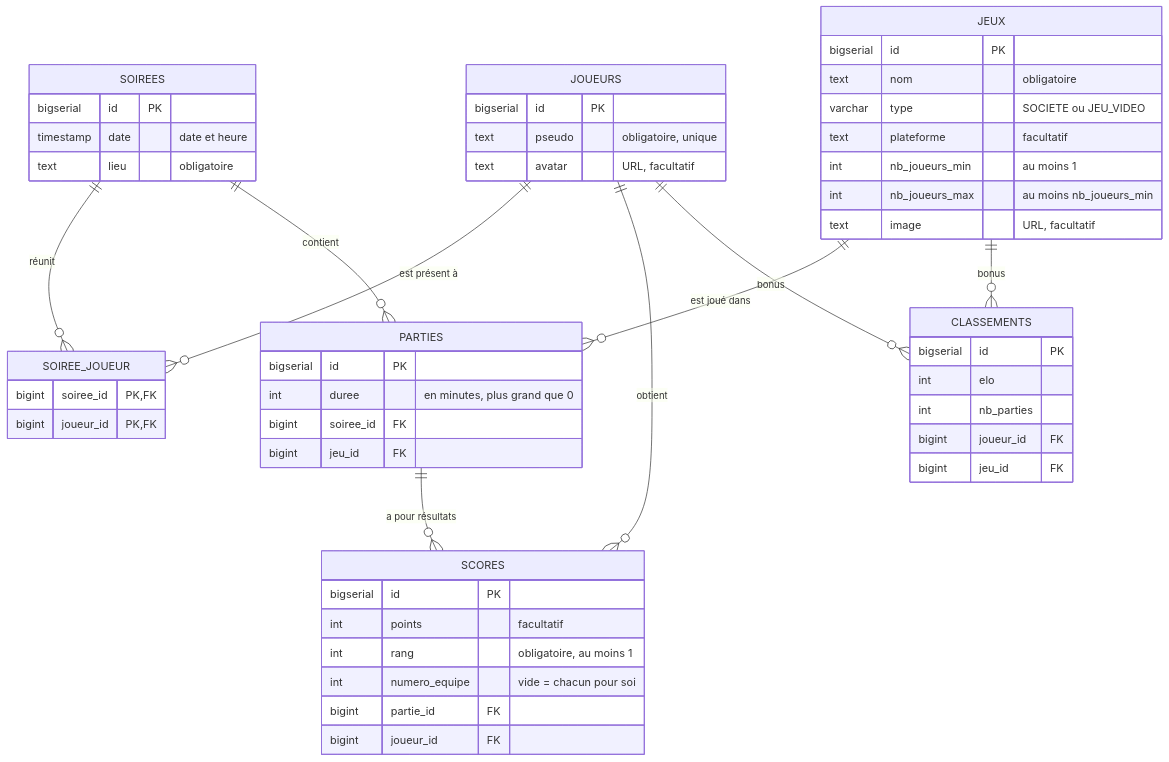
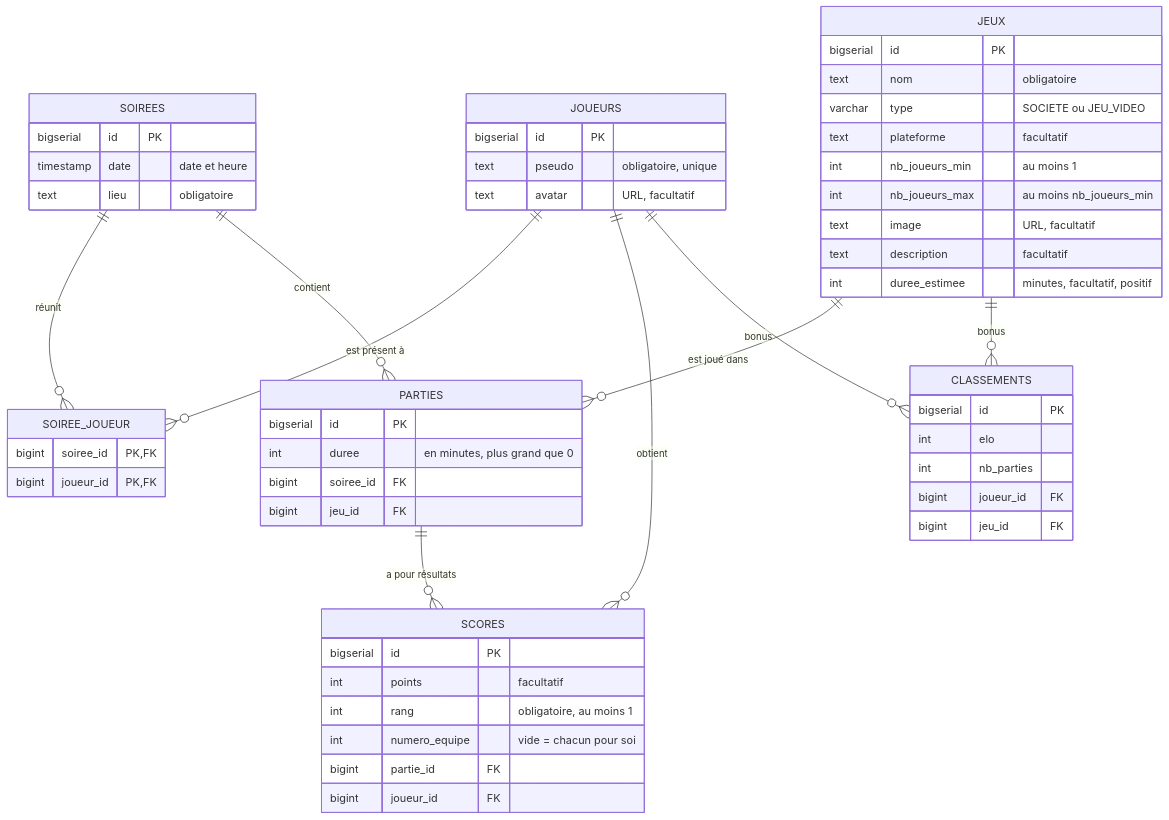
Before and after one commit to Will-emma/playnight: the diagram in docs/modele-donnees.md, drawn with Mermaid. The commit also changed other lines of this file and 26 other files, not shown here.

````diff
--- a/docs/modele-donnees.md
+++ b/docs/modele-donnees.md
@@ -8,56 +8,58 @@
 ```mermaid
 erDiagram
     JOUEURS ||--o{ SOIREE_JOUEUR : "est présent à"
     SOIREES ||--o{ SOIREE_JOUEUR : "réunit"
     SOIREES ||--o{ PARTIES : "contient"
     JEUX ||--o{ PARTIES : "est joué dans"
     PARTIES ||--o{ SCORES : "a pour résultats"
     JOUEURS ||--o{ SCORES : "obtient"
     JOUEURS ||--o{ CLASSEMENTS : "bonus"
     JEUX ||--o{ CLASSEMENTS : "bonus"
 
     JOUEURS {
         bigserial id PK
         text pseudo "obligatoire, unique"
         text avatar "URL, facultatif"
     }
     JEUX {
         bigserial id PK
         text nom "obligatoire"
         varchar type "SOCIETE ou JEU_VIDEO"
         text plateforme "facultatif"
         int nb_joueurs_min "au moins 1"
         int nb_joueurs_max "au moins nb_joueurs_min"
         text image "URL, facultatif"
+        text description "facultatif"
+        int duree_estimee "minutes, facultatif, positif"
     }
     SOIREES {
         bigserial id PK
         timestamp date "date et heure"
         text lieu "obligatoire"
     }
     SOIREE_JOUEUR {
         bigint soiree_id PK, FK
         bigint joueur_id PK, FK
     }
     PARTIES {
         bigserial id PK
         int duree "en minutes, plus grand que 0"
         bigint soiree_id FK
         bigint jeu_id FK
     }
     SCORES {
         bigserial id PK
         int points "facultatif"
         int rang "obligatoire, au moins 1"
         int numero_equipe "vide = chacun pour soi"
         bigint partie_id FK
         bigint joueur_id FK
     }
     CLASSEMENTS {
         bigserial id PK
         int elo
         int nb_parties
         bigint joueur_id FK
         bigint jeu_id FK
     }
 ```
````
